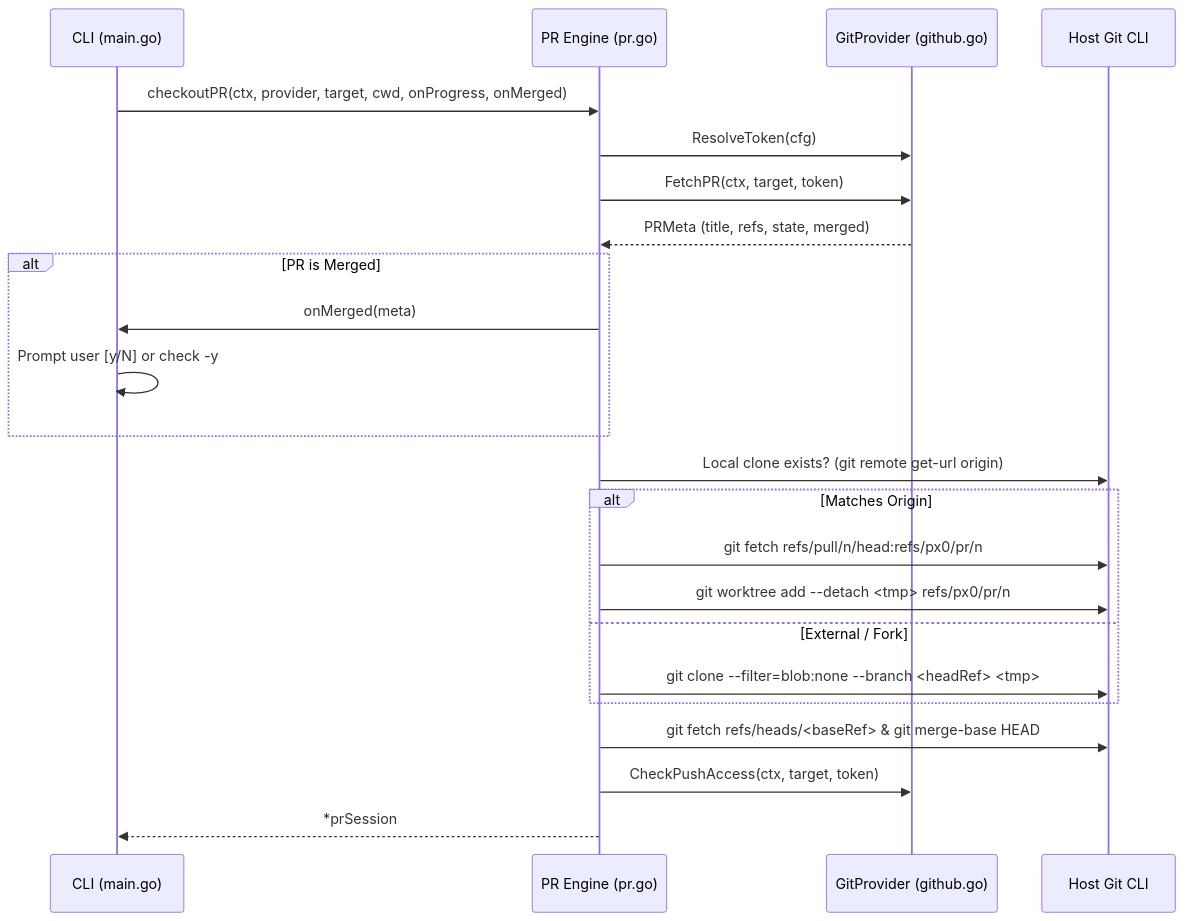
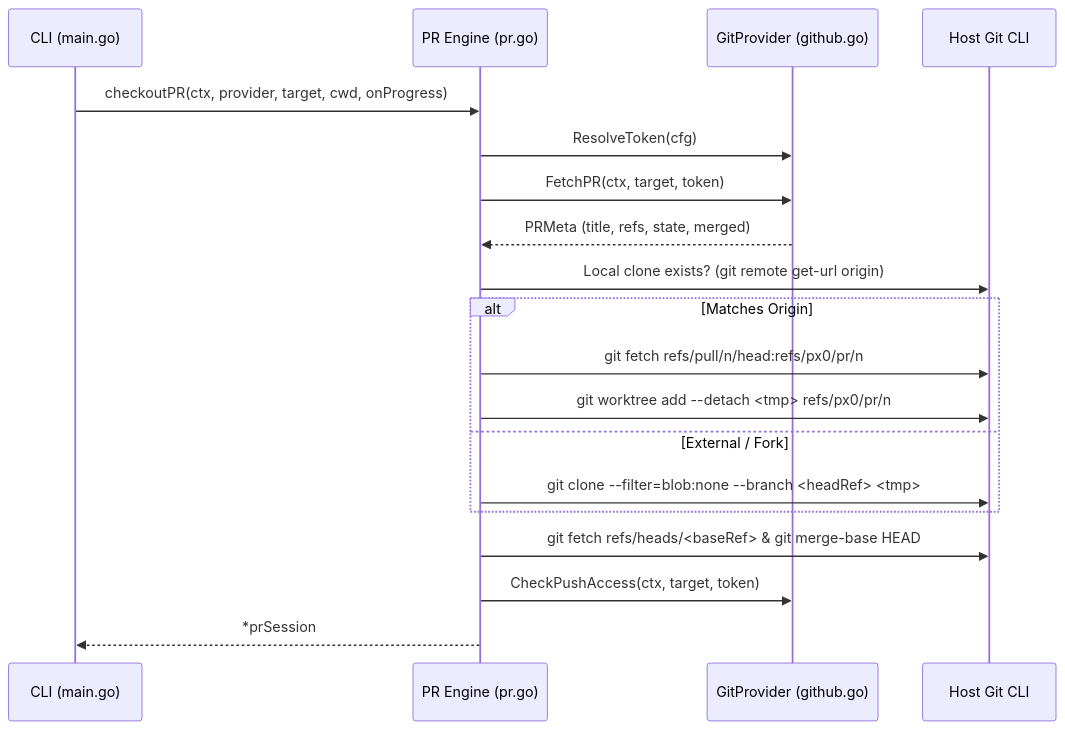
One commit to AndriP8/px0 changed the diagram in docs/internals/github-pr-review.md. Above: the diagram before and after it, drawn with Mermaid. The commit also changed other lines of this file and 16 other files, not shown here.

````diff
--- a/docs/internals/github-pr-review.md
+++ b/docs/internals/github-pr-review.md
@@ -58,26 +58,22 @@
 ```mermaid
 sequenceDiagram
     participant CLI as CLI (main.go)
     participant PR as PR Engine (pr.go)
     participant Prov as GitProvider (github.go)
     participant Git as Host Git CLI
 
-    CLI->>PR: checkoutPR(ctx, provider, target, cwd, onProgress, onMerged)
+    CLI->>PR: checkoutPR(ctx, provider, target, cwd, onProgress)
     PR->>Prov: ResolveToken(cfg)
     PR->>Prov: FetchPR(ctx, target, token)
     Prov-->>PR: PRMeta (title, refs, state, merged)
-    alt PR is Merged
-        PR->>CLI: onMerged(meta)
-        CLI->>CLI: Prompt user [y/N] or check -y
-    end
     PR->>Git: Local clone exists? (git remote get-url origin)
     alt Matches Origin
         PR->>Git: git fetch refs/pull/n/head:refs/px0/pr/n
         PR->>Git: git worktree add --detach <tmp> refs/px0/pr/n
     else External / Fork
         PR->>Git: git clone --filter=blob:none --branch <headRef> <tmp>
     end
     PR->>Git: git fetch refs/heads/<baseRef> & git merge-base HEAD
     PR->>Prov: CheckPushAccess(ctx, target, token)
     PR-->>CLI: *prSession
 ```
````
